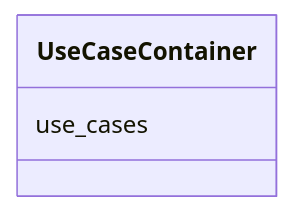
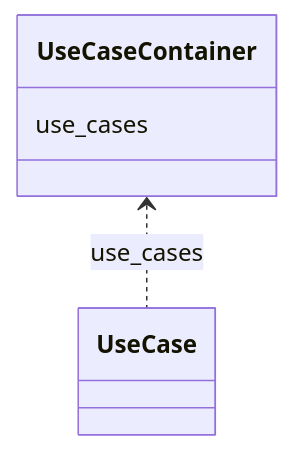
One commit to bridge2ai/standards-schemas changed the diagram in docs/UseCaseContainer.md. Above: the diagram before and after it, drawn with Mermaid. The commit also changed other lines of this file and 116 other files, not shown here.

````diff
--- a/docs/UseCaseContainer.md
+++ b/docs/UseCaseContainer.md
@@ -11,6 +11,7 @@
 ```mermaid
  classDiagram
     class UseCaseContainer
       UseCaseContainer : use_cases
+        UseCaseContainer <.. UseCase : use_cases
       
 ```
````
